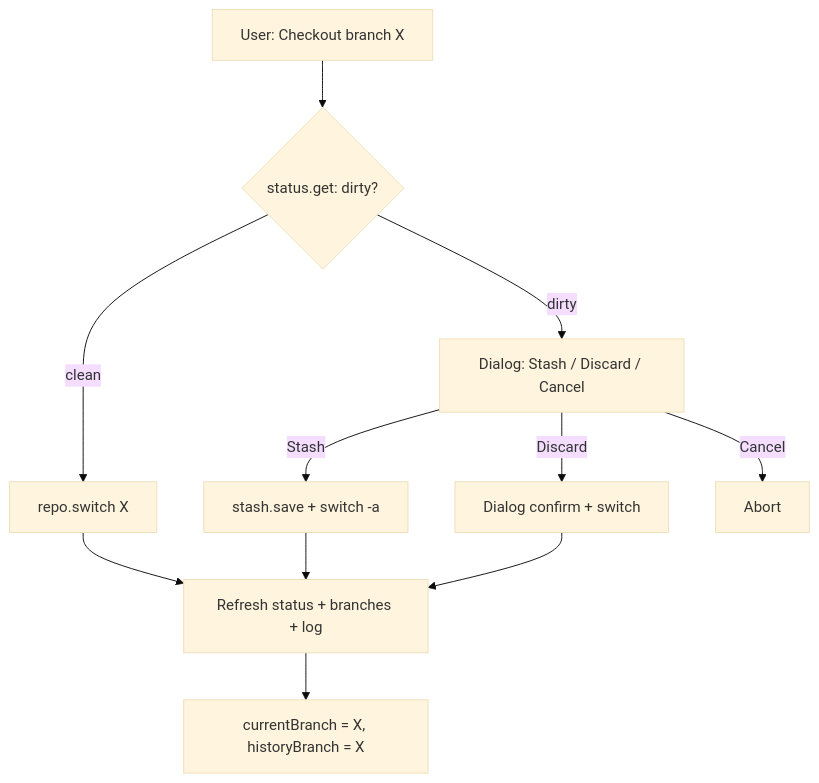
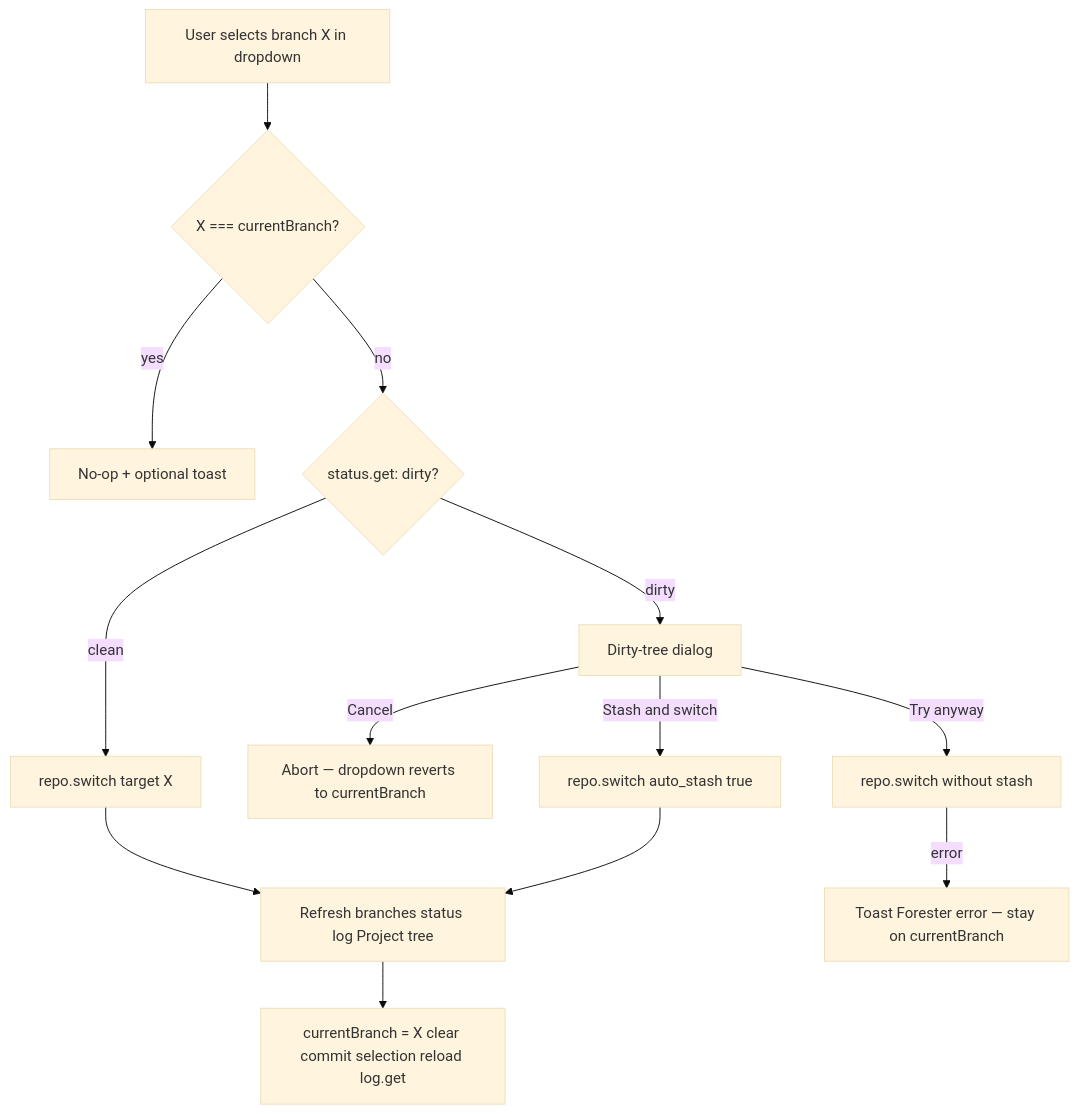
One commit to DSLitvinov/difference-machine changed the first of 2 diagrams in .cursor/interface/sidebar-history-view.md. Above: the diagram before and after it, drawn with Mermaid (base theme). The commit also changed other lines of this file and 10 other files, not shown here.

````diff
--- a/.cursor/interface/sidebar-history-view.md
+++ b/.cursor/interface/sidebar-history-view.md
@@ -106,13 +85,15 @@
 ```mermaid
 flowchart TD
-  A[User: Checkout branch X] --> B{status.get: dirty?}
-  B -->|clean| C[repo.switch X]
-  B -->|dirty| D[Dialog: Stash / Discard / Cancel]
-  D -->|Stash| E[stash.save + switch -a]
-  D -->|Discard| F[Dialog confirm + switch]
-  D -->|Cancel| G[Abort]
-  C --> H[Refresh status + branches + log]
-  E --> H
-  F --> H
-  H --> I[currentBranch = X, historyBranch = X]
+  A[User selects branch X in dropdown] --> B{X === currentBranch?}
+  B -->|yes| C[No-op + optional toast]
+  B -->|no| D{status.get: dirty?}
+  D -->|clean| E[repo.switch target X]
+  D -->|dirty| F[Dirty-tree dialog]
+  F -->|Cancel| G[Abort — dropdown reverts to currentBranch]
+  F -->|Stash and switch| H[repo.switch auto_stash true]
+  F -->|Try anyway| I[repo.switch without stash]
+  I -->|error| J[Toast Forester error — stay on currentBranch]
+  E --> K[Refresh branches status log Project tree]
+  H --> K
+  K --> L[currentBranch = X clear commit selection reload log.get]
 ```
````
